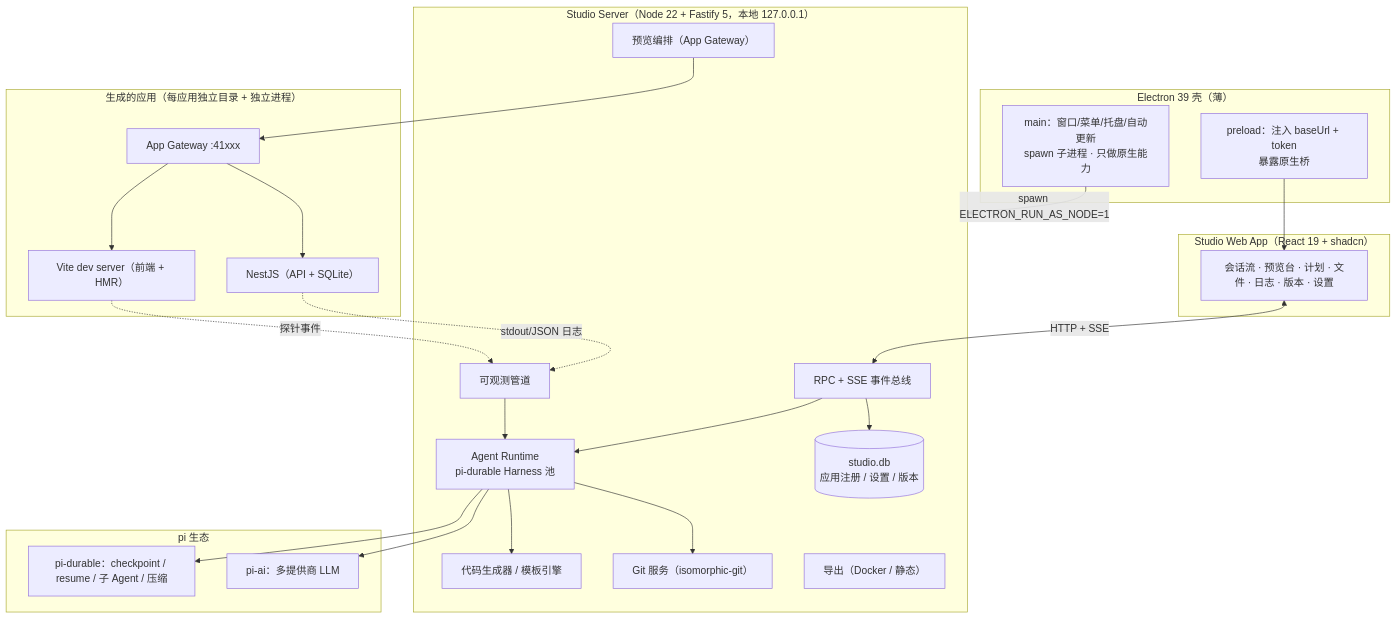
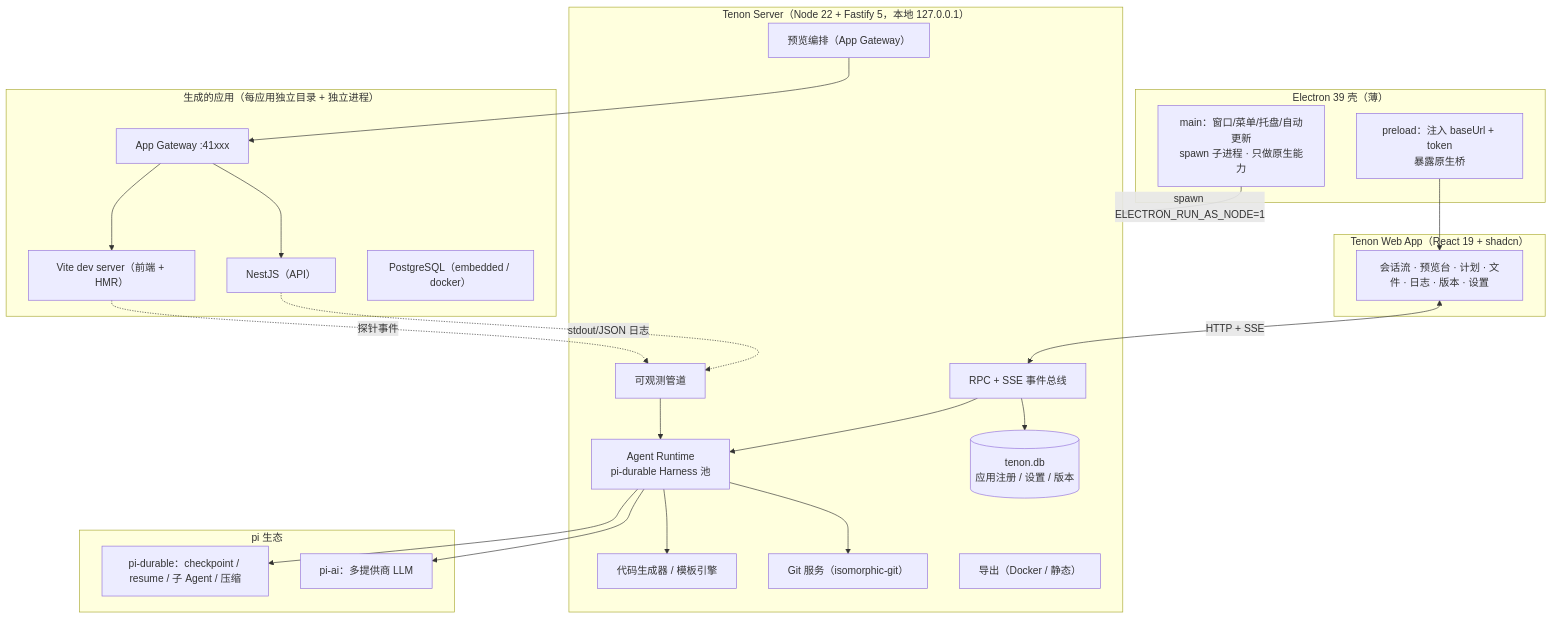
One commit to jackzhujie/tenon changed the diagram in docs/DESIGN.md. Above: the diagram before and after it, drawn with Mermaid. The commit also changed other lines of this file and 4 other files, not shown here.

Commit message:
docs: DESIGN v1.1 — 产品名 Tenon/榫、PostgreSQL 四档供给、chord 组件生态（§21）、mac+win 首发

````diff
--- a/docs/DESIGN.md
+++ b/docs/DESIGN.md
@@ -67,49 +90,50 @@
 ```mermaid
 flowchart TB
   subgraph Shell["Electron 39 壳（薄）"]
     M["main：窗口/菜单/托盘/自动更新<br/>spawn 子进程 · 只做原生能力"]
     P["preload：注入 baseUrl + token<br/>暴露原生桥"]
   end
 
-  subgraph Web["Studio Web App（React 19 + shadcn）"]
+  subgraph Web["Tenon Web App（React 19 + shadcn）"]
     UI["会话流 · 预览台 · 计划 · 文件 · 日志 · 版本 · 设置"]
   end
 
-  subgraph Server["Studio Server（Node 22 + Fastify 5，本地 127.0.0.1）"]
+  subgraph Server["Tenon Server（Node 22 + Fastify 5，本地 127.0.0.1）"]
     RPC["RPC + SSE 事件总线"]
     HARNESS["Agent Runtime<br/>pi-durable Harness 池"]
     GEN["代码生成器 / 模板引擎"]
     GIT["Git 服务（isomorphic-git）"]
     PREV["预览编排（App Gateway）"]
     OBS["可观测管道"]
     EXP["导出（Docker / 静态）"]
-    DB[("studio.db<br/>应用注册 / 设置 / 版本")]
+    DB[("tenon.db<br/>应用注册 / 设置 / 版本")]
   end
 
   subgraph App["生成的应用（每应用独立目录 + 独立进程）"]
     G1["App Gateway :41xxx"]
     V["Vite dev server（前端 + HMR）"]
-    N["NestJS（API + SQLite）"]
+    N["NestJS（API）"]
+    D["PostgreSQL（embedded / docker）"]
   end
 
   subgraph Pi["pi 生态"]
     PIA["pi-ai：多提供商 LLM"]
     PID["pi-durable：checkpoint / resume / 子 Agent / 压缩"]
   end
 
   UI <-->|"HTTP + SSE"| RPC
   M -->|"spawn ELECTRON_RUN_AS_NODE=1"| Server
   P --> UI
   RPC --> HARNESS
   HARNESS --> PID
   HARNESS --> PIA
   HARNESS --> GEN
   HARNESS --> GIT
   RPC --> DB
   PREV --> G1
   G1 --> V
   G1 --> N
   V -.->|"探针事件"| OBS
   N -.->|"stdout/JSON 日志"| OBS
   OBS --> HARNESS
 ```
````
